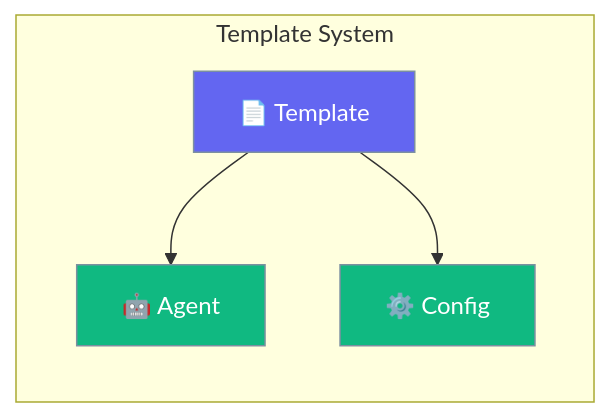
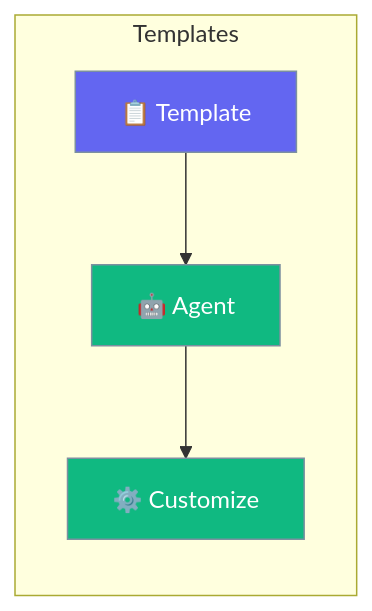
One commit to MervinPraison/PraisonAIDocs changed the diagram in docs/rust/templates.mdx. Above: the diagram before and after it, drawn with Mermaid. The commit also changed other lines of this file and 87 other files, not shown here.

````diff
--- a/docs/rust/templates.mdx
+++ b/docs/rust/templates.mdx
@@ -10,13 +10,13 @@
 ```mermaid
 graph LR
-    subgraph "Template System"
-        T[📄 Template] --> A[🤖 Agent]
-        T --> C[⚙️ Config]
+    subgraph "Templates"
+        T[📋 Template] --> A[🤖 Agent]
+        A --> C[⚙️ Customize]
     end
     
     classDef template fill:#6366F1,stroke:#7C90A0,color:#fff
-    classDef output fill:#10B981,stroke:#7C90A0,color:#fff
+    classDef agent fill:#10B981,stroke:#7C90A0,color:#fff
     
     class T template
-    class A,C output
+    class A,C agent
 ```
````
